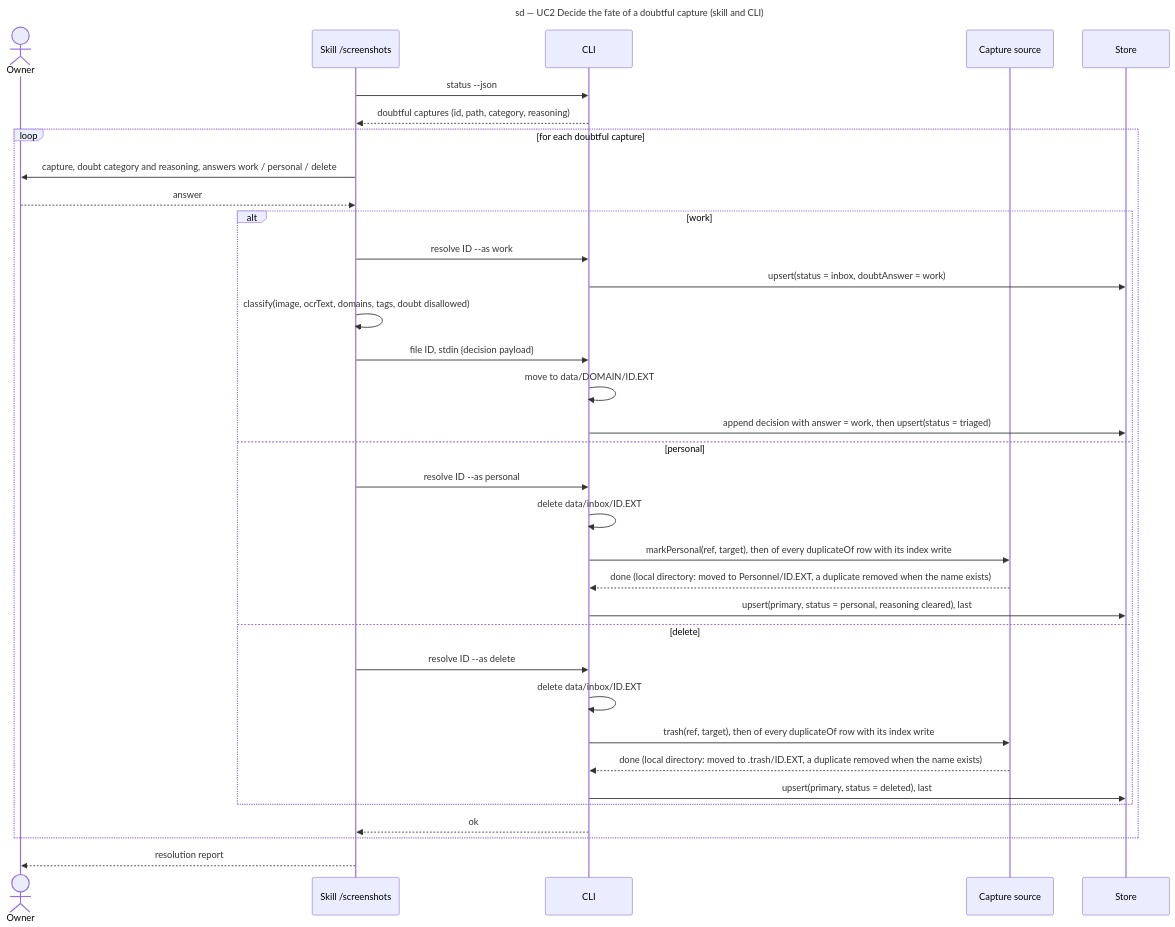
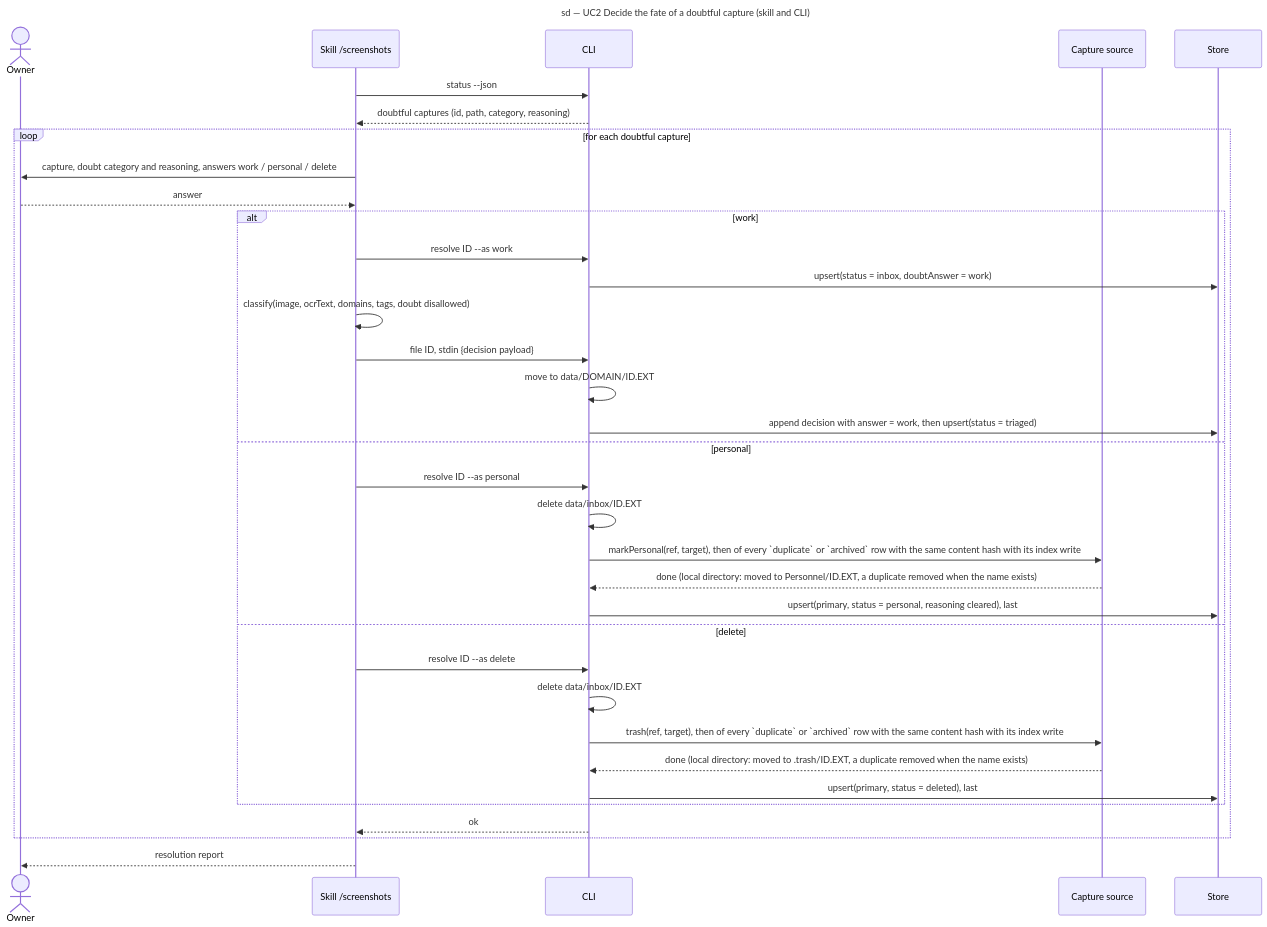
The diagram in docs/architecture/diagrams/triage/02-sequence-resolve-doubt.md (benoit-bremaud/screenshot-triage), drawn with Mermaid before and after one commit. The commit also changed 6 other files, not shown here.

````diff
--- a/docs/architecture/diagrams/triage/02-sequence-resolve-doubt.md
+++ b/docs/architecture/diagrams/triage/02-sequence-resolve-doubt.md
@@ -14,37 +14,37 @@
 ```mermaid
 sequenceDiagram
   title sd — UC2 Decide the fate of a doubtful capture (skill and CLI)
   actor Owner
   participant Skill as Skill /screenshots
   participant CLI as CLI
   participant Source as Capture source
   participant Store as Store
   Skill->>CLI: status --json
   CLI-->>Skill: doubtful captures (id, path, category, reasoning)
   loop for each doubtful capture
     Skill->>Owner: capture, doubt category and reasoning, answers work / personal / delete
     Owner-->>Skill: answer
     alt work
       Skill->>CLI: resolve ID --as work
       CLI->>Store: upsert(status = inbox, doubtAnswer = work)
       Skill->>Skill: classify(image, ocrText, domains, tags, doubt disallowed)
       Skill->>CLI: file ID, stdin {decision payload}
       CLI->>CLI: move to data/DOMAIN/ID.EXT
       CLI->>Store: append decision with answer = work, then upsert(status = triaged)
     else personal
       Skill->>CLI: resolve ID --as personal
       CLI->>CLI: delete data/inbox/ID.EXT
-      CLI->>Source: markPersonal(ref, target), then of every duplicateOf row with its index write
+      CLI->>Source: markPersonal(ref, target), then of every `duplicate` or `archived` row with the same content hash with its index write
       Source-->>CLI: done (local directory: moved to Personnel/ID.EXT, a duplicate removed when the name exists)
       CLI->>Store: upsert(primary, status = personal, reasoning cleared), last
     else delete
       Skill->>CLI: resolve ID --as delete
       CLI->>CLI: delete data/inbox/ID.EXT
-      CLI->>Source: trash(ref, target), then of every duplicateOf row with its index write
+      CLI->>Source: trash(ref, target), then of every `duplicate` or `archived` row with the same content hash with its index write
       Source-->>CLI: done (local directory: moved to .trash/ID.EXT, a duplicate removed when the name exists)
       CLI->>Store: upsert(primary, status = deleted), last
     end
     CLI-->>Skill: ok
   end
   Skill-->>Owner: resolution report
 ```
````
